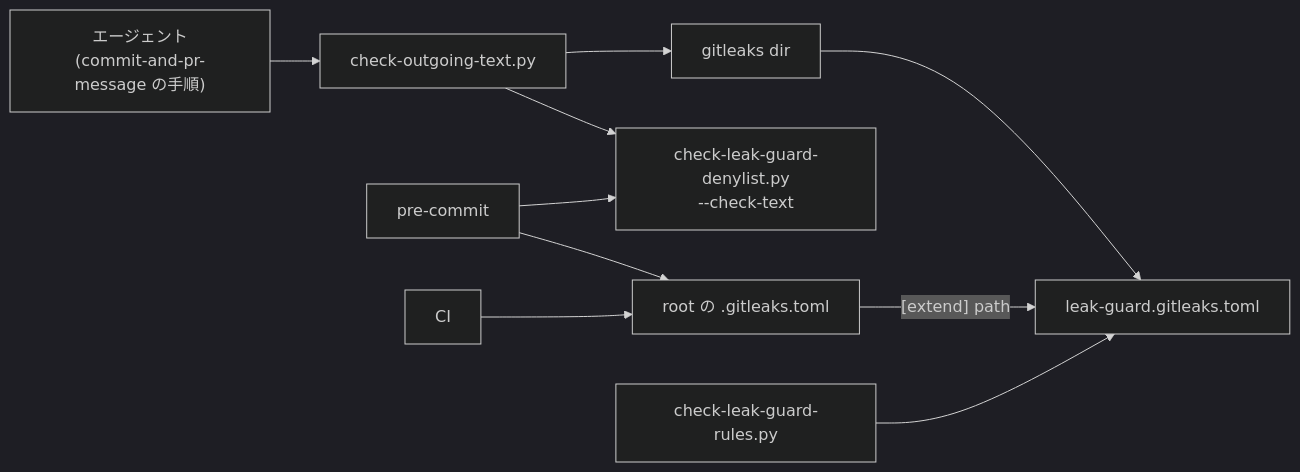
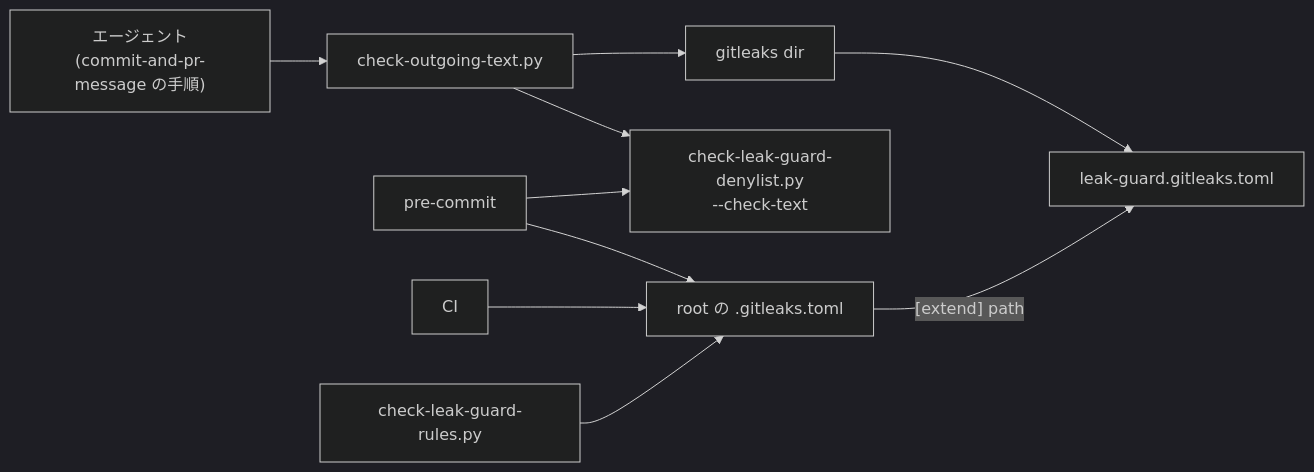
One commit to hidari/agentic-coding-tools changed the diagram in docs/issues/ISSUE-58_PR 本文の漏洩検査を配布物の手順へ組み込む/ISSUE-58-spec.md. Above: the diagram before and after it, drawn with Mermaid (dark theme). The commit also changed other lines of this file, not shown here.

````diff
--- a/docs/issues/ISSUE-58_PR 本文の漏洩検査を配布物の手順へ組み込む/ISSUE-58-spec.md
+++ b/docs/issues/ISSUE-58_PR 本文の漏洩検査を配布物の手順へ組み込む/ISSUE-58-spec.md
@@ -55,12 +69,12 @@
 ```mermaid
 flowchart LR
     Agent["エージェント<br/>(commit-and-pr-message の手順)"] --> Entry["check-outgoing-text.py"]
     Entry --> L2["check-leak-guard-denylist.py<br/>--check-text"]
     Entry --> GL["gitleaks dir"]
     GL --> Rules["leak-guard.gitleaks.toml"]
     Root["root の .gitleaks.toml"] -- "[extend] path" --> Rules
     PC["pre-commit"] --> Root
     PC --> L2
     CI["CI"] --> Root
-    RC["check-leak-guard-rules.py"] --> Rules
+    RC["check-leak-guard-rules.py"] --> Root
 ```
````
